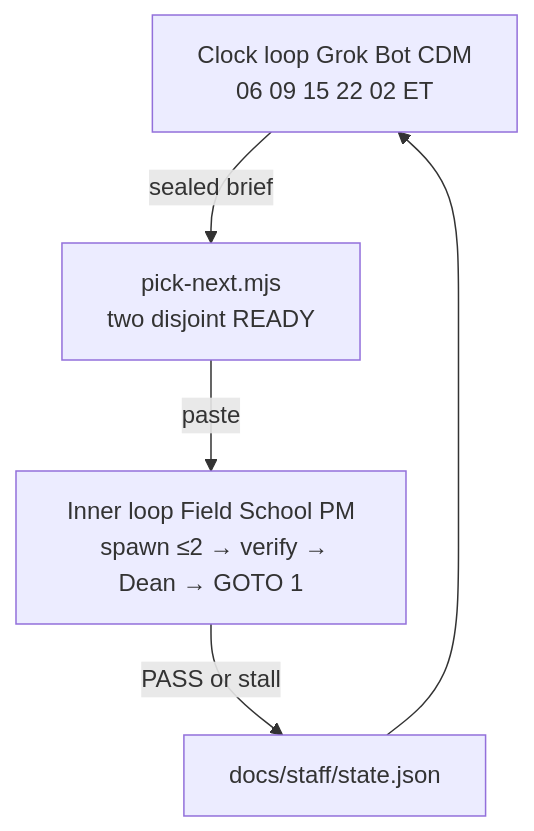
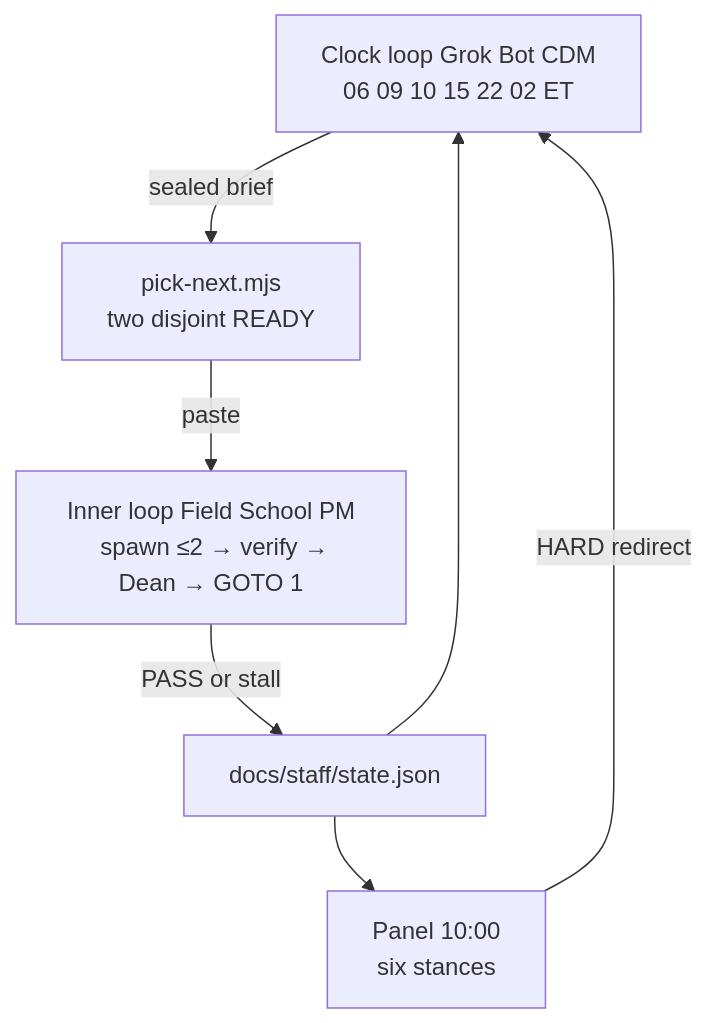
Before and after one commit to bjljohnson2012/field-school: the diagram in docs/staff/LOOP.md, drawn with Mermaid. The commit also changed other lines of this file, not shown here.

Commit message:
LOOP: panel eval at 10:00 feeds keep/redirect.

````diff
--- a/docs/staff/LOOP.md
+++ b/docs/staff/LOOP.md
@@ -21,15 +21,19 @@
 ```mermaid
 flowchart TD
   CLOCK[Clock loop Grok Bot CDM
-  06 09 15 22 02 ET]
+  06 09 10 15 22 02 ET]
+  PANEL[Panel 10:00
+  six stances]
   PICK[pick-next.mjs
   two disjoint READY]
   INNER[Inner loop Field School PM
   spawn ≤2 → verify → Dean → GOTO 1]
   STATE[docs/staff/state.json]
 
   CLOCK -->|sealed brief| PICK
+  PANEL -->|HARD redirect| CLOCK
   PICK -->|paste| INNER
   INNER -->|PASS or stall| STATE
   STATE --> CLOCK
+  STATE --> PANEL
 ```
````
